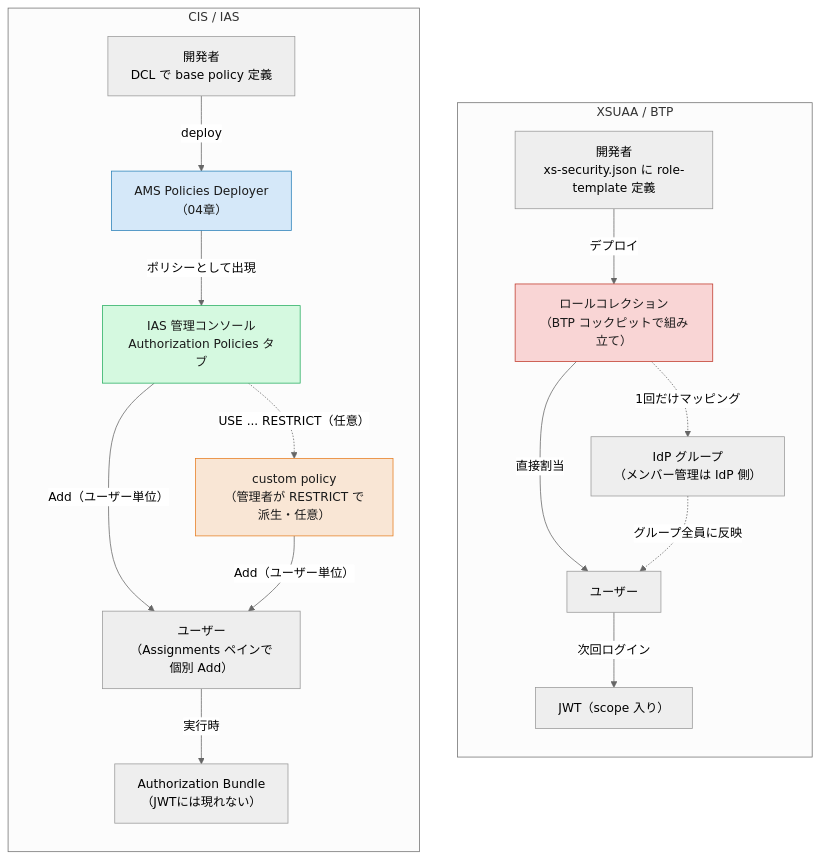
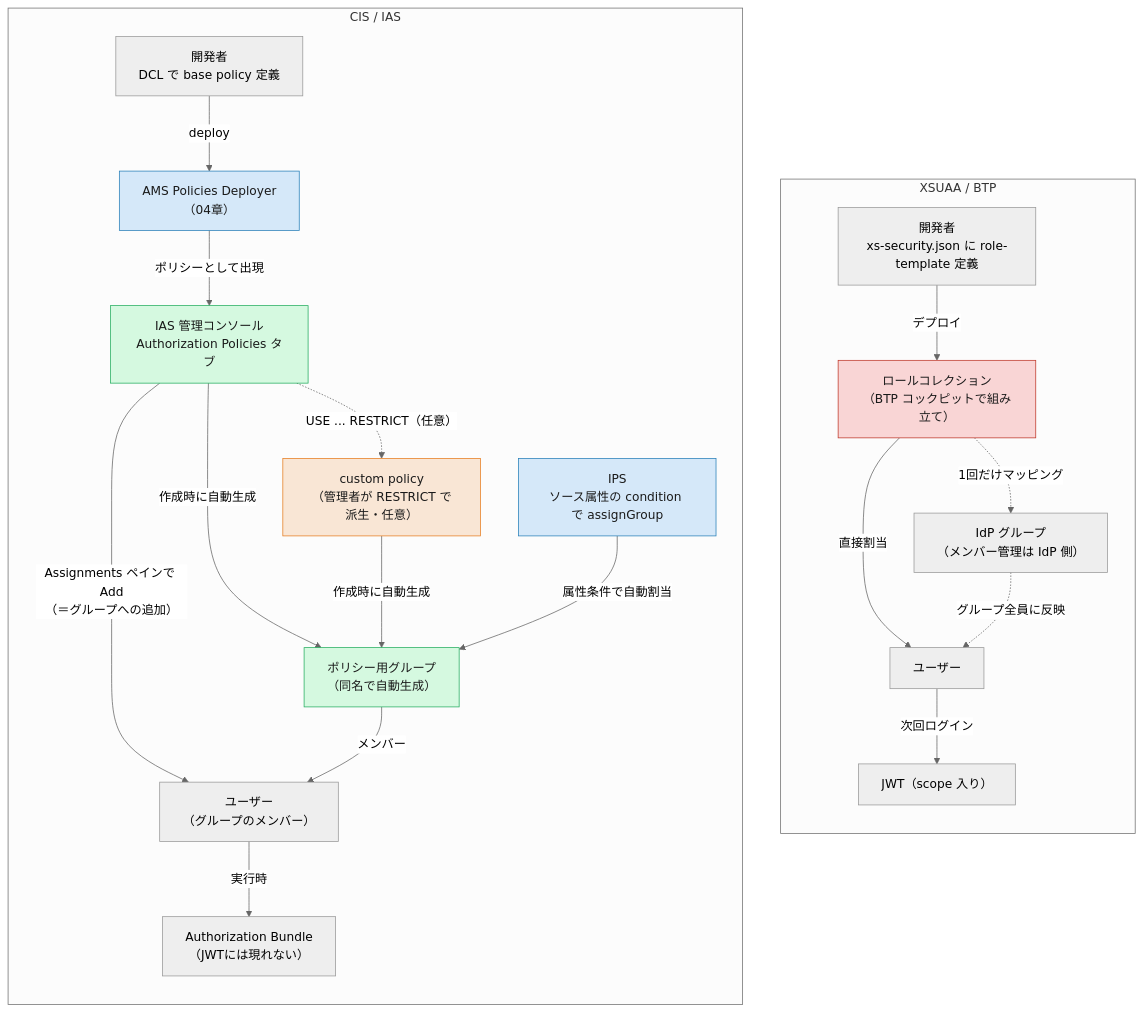
One commit to miyasuta/cloud-identity-developer-guide changed the diagram in learning/05-role-assignment-admin.md. Above: the diagram before and after it, drawn with Mermaid (neutral theme). The commit also changed other lines of this file, not shown here.

Commit message:
Correct chapter 05: policies map to auto-generated IAS groups, IPS can assign them

````diff
--- a/learning/05-role-assignment-admin.md
+++ b/learning/05-role-assignment-admin.md
@@ -93,35 +115,42 @@
 ```mermaid
 flowchart TB
     subgraph X["XSUAA / BTP"]
         direction TB
         Xd["開発者<br/>xs-security.json に role-template 定義"]
         Xc["ロールコレクション<br/>（BTP コックピットで組み立て）"]
         Xu["ユーザー"]
         Xg["IdP グループ<br/>（メンバー管理は IdP 側）"]
         Xd -->|"デプロイ"| Xc
         Xc -->|"直接割当"| Xu
         Xc -.->|"1回だけマッピング"| Xg
         Xg -.->|"グループ全員に反映"| Xu
         Xu -->|"次回ログイン"| Xt["JWT（scope 入り）"]
     end
 
     subgraph C["CIS / IAS"]
         direction TB
         Cd["開発者<br/>DCL で base policy 定義"]
         Cp["AMS Policies Deployer<br/>（04章）"]
         Ca["IAS 管理コンソール<br/>Authorization Policies タブ"]
         Ccu["custom policy<br/>（管理者が RESTRICT で派生・任意）"]
-        Cu["ユーザー<br/>（Assignments ペインで個別 Add）"]
+        Cg["ポリシー用グループ<br/>（同名で自動生成）"]
+        Cips["IPS<br/>ソース属性の condition で assignGroup"]
+        Cu["ユーザー<br/>（グループのメンバー）"]
         Cd -->|"deploy"| Cp
         Cp -->|"ポリシーとして出現"| Ca
         Ca -.->|"USE ... RESTRICT（任意）"| Ccu
-        Ca -->|"Add（ユーザー単位）"| Cu
-        Ccu -->|"Add（ユーザー単位）"| Cu
+        Ca -->|"作成時に自動生成"| Cg
+        Ccu -->|"作成時に自動生成"| Cg
+        Ca -->|"Assignments ペインで Add<br/>（＝グループへの追加）"| Cu
+        Cips -->|"属性条件で自動割当"| Cg
+        Cg -->|"メンバー"| Cu
         Cu -->|"実行時"| Ct["Authorization Bundle<br/>（JWTには現れない）"]
     end
 
     style Xc fill:#f9d5d5,stroke:#c0392b,color:#1a1a1a
     style Ca fill:#d5f9e0,stroke:#27ae60,color:#1a1a1a
     style Ccu fill:#f9e6d5,stroke:#e67e22,color:#1a1a1a
     style Cp fill:#d5e8f9,stroke:#2980b9,color:#1a1a1a
+    style Cg fill:#d5f9e0,stroke:#27ae60,color:#1a1a1a
+    style Cips fill:#d5e8f9,stroke:#2980b9,color:#1a1a1a
 ```
````
